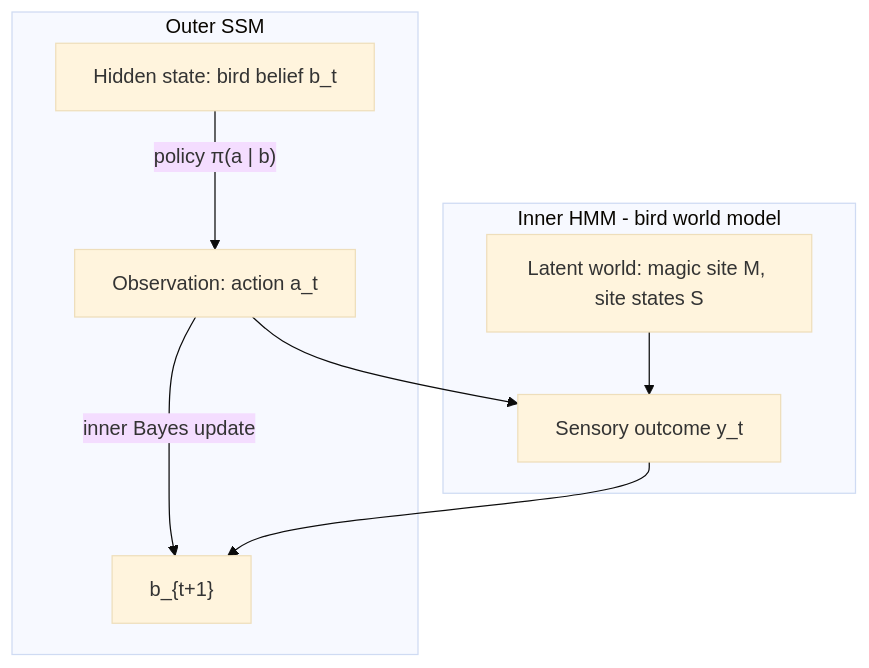
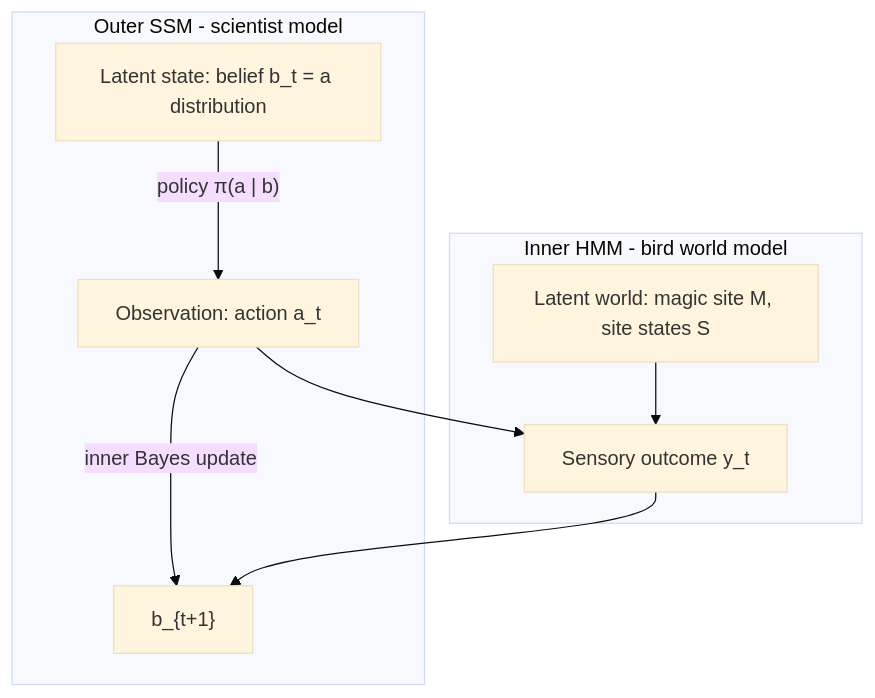
Before and after one commit to reubenharry/bird-model: the diagram in MODEL.md, drawn with Mermaid (base theme). The commit also changed other lines of this file, not shown here.

````diff
--- a/MODEL.md
+++ b/MODEL.md
@@ -45,16 +53,16 @@
 ```mermaid
 flowchart TD
-  subgraph outer [Outer SSM]
-    belief["Hidden state: bird belief b_t"]
+  subgraph outer [Outer SSM - scientist model]
+    belief["Latent state: belief b_t = a distribution"]
     obs["Observation: action a_t"]
     belief -->|"policy π(a | b)"| obs
     obs -->|"inner Bayes update"| beliefNext["b_{t+1}"]
   end
   subgraph inner [Inner HMM - bird world model]
     world["Latent world: magic site M, site states S"]
     sensory["Sensory outcome y_t"]
     world --> sensory
   end
   obs --> sensory
   sensory --> beliefNext
 ```
````
